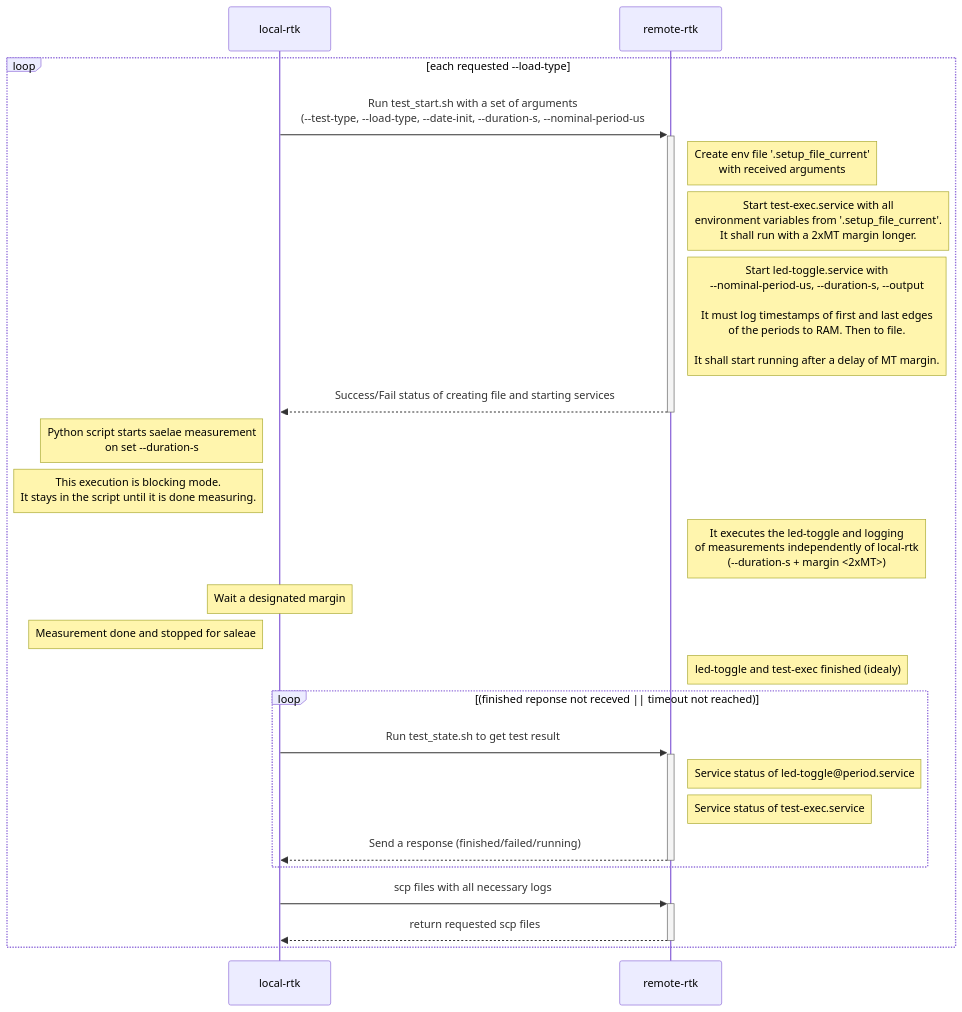
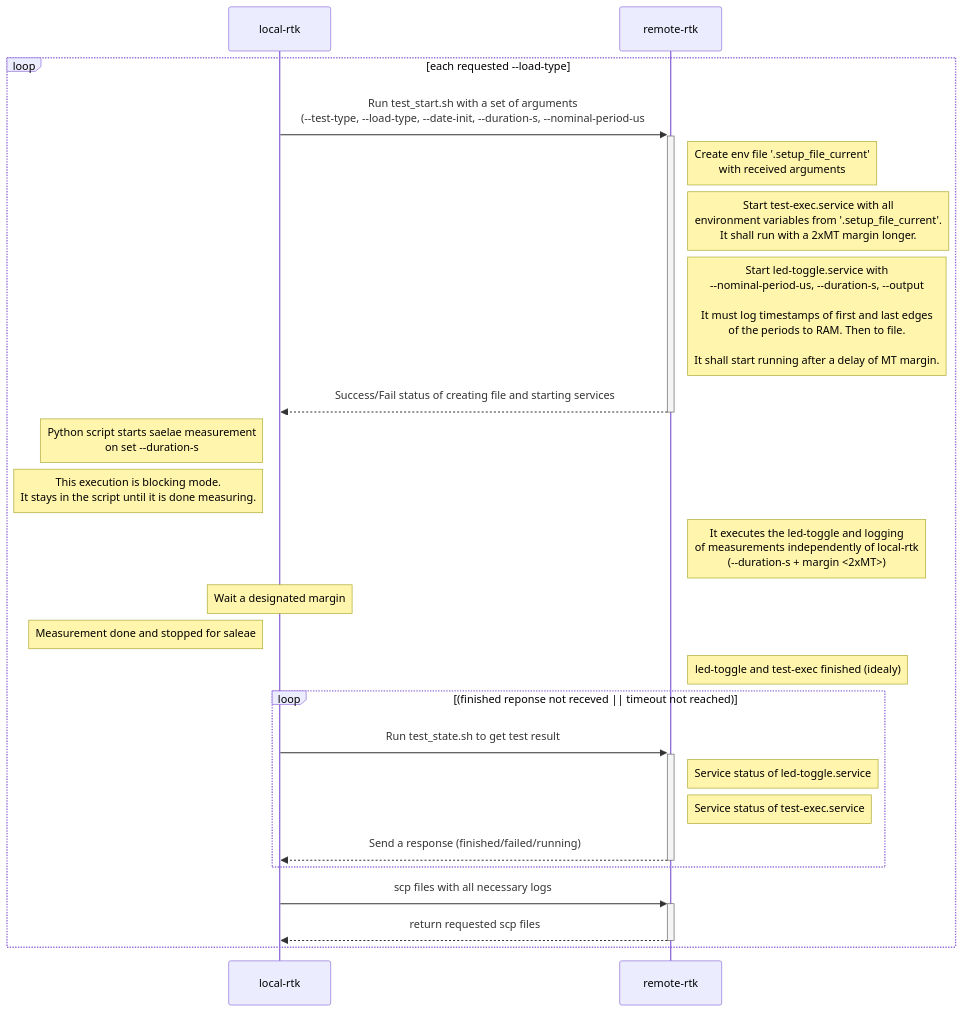
Before and after one commit to nickdante8/rt-kernel: the first of 2 diagrams in Documents/test.md, drawn with Mermaid. The commit also changed other lines of this file and 4 other files, not shown here.

````diff
--- a/Documents/test.md
+++ b/Documents/test.md
@@ -1,24 +1,24 @@
 ```mermaid
 sequenceDiagram
     loop each requested --load-type
         local-rtk->>+remote-rtk: Run test_start.sh with a set of arguments<br>(--test-type, --load-type, --date-init, --duration-s, --nominal-period-us
         Note right of remote-rtk: Create env file '.setup_file_current'<br>with received arguments
         Note right of remote-rtk: Start test-exec.service with all<br>environment variables from '.setup_file_current'.<br>It shall run with a 2xMT margin longer.
         Note right of remote-rtk: Start led-toggle.service with<br>--nominal-period-us, --duration-s, --output<br><br>It must log timestamps of first and last edges<br>of the periods to RAM. Then to file.<br><br>It shall start running after a delay of MT margin.
         remote-rtk-->>-local-rtk: Success/Fail status of creating file and starting services
         Note left of local-rtk: Python script starts saelae measurement<br>on set --duration-s
         Note left of local-rtk: This execution is blocking mode.<br>It stays in the script until it is done measuring.
         Note right of remote-rtk: It executes the led-toggle and logging<br>of measurements independently of local-rtk<br>(--duration-s + margin <2xMT>)
         Note over local-rtk: Wait a designated margin
         Note left of local-rtk: Measurement done and stopped for saleae
         Note right of remote-rtk: led-toggle and test-exec finished (idealy)
         loop (finished reponse not receved || timeout not reached)
             local-rtk->>+remote-rtk: Run test_state.sh to get test result
-            Note right of remote-rtk: Service status of led-toggle@period.service
+            Note right of remote-rtk: Service status of led-toggle.service
             Note right of remote-rtk: Service status of test-exec.service
             remote-rtk-->>-local-rtk: Send a response (finished/failed/running)
         end
         local-rtk->>+remote-rtk: scp files with all necessary logs
         remote-rtk-->>-local-rtk: return requested scp files
     end
 ```
````
